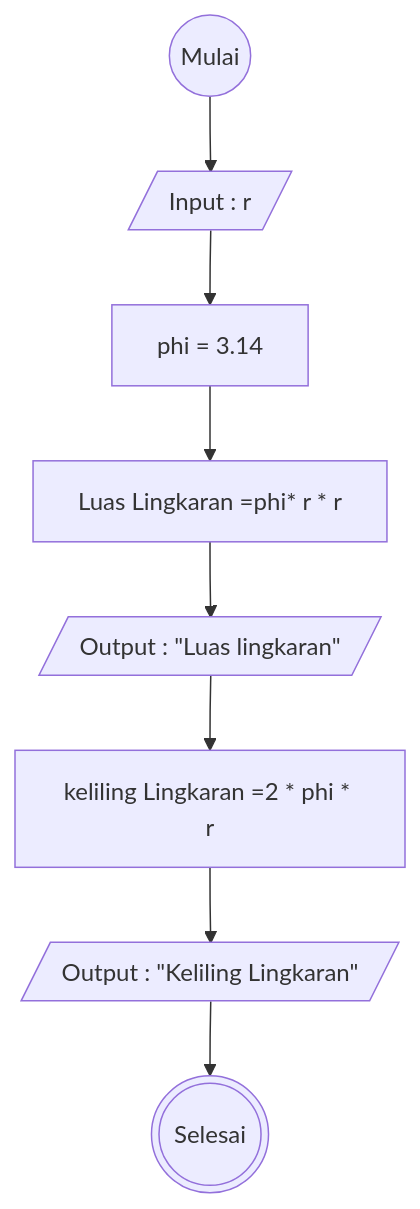
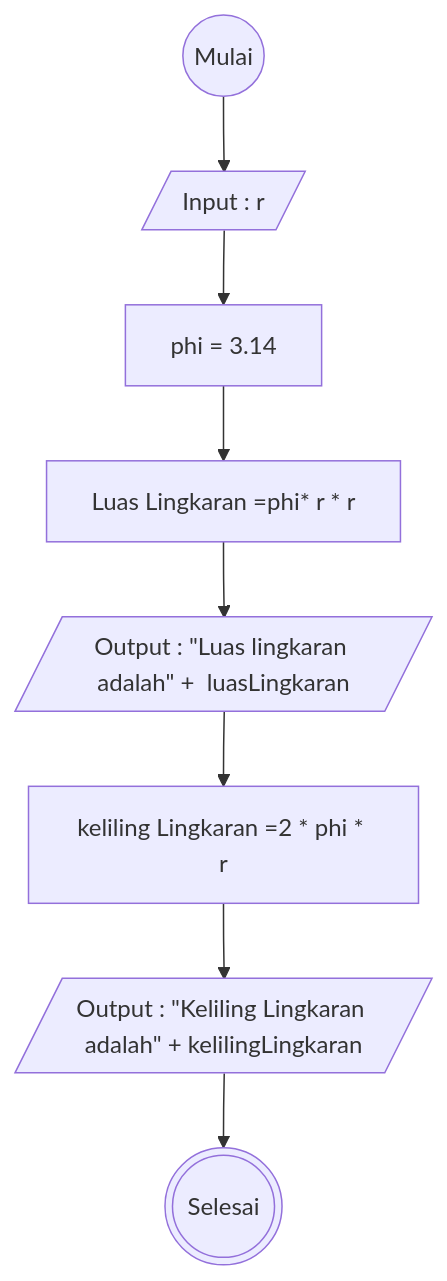
The diagram in README.md (askadiliya/koda-b6-javascript1), drawn with Mermaid before and after one commit.

````diff
--- a/README.md
+++ b/README.md
@@ -5,15 +5,15 @@
 ```mermaid
 flowchart TD
 A@{ shape: circle, label: "Mulai" }
 B@{ shape: lean-r, label: "Input : r" }
 C@{ shape: rect, label: "phi = 3.14" }
 D@{ shape: rect, label: "Luas Lingkaran =phi* r * r" }
-E@{ shape: lean-r, label: 'Output : "Luas lingkaran"' }
+E@{ shape: lean-r, label: 'Output : "Luas lingkaran adalah" +  luasLingkaran' }
 F@{ shape: rect, label: "keliling Lingkaran =2 * phi * r" }
-G@{ shape: lean-r, label: 'Output : "Keliling Lingkaran"' }
+G@{ shape: lean-r, label: 'Output : "Keliling Lingkaran adalah" + kelilingLingkaran' }
 H@{ shape: dbl-circ, label: "Selesai" }
 
 A-->B-->C-->D-->E-->F-->G-->H
 
 
 ```
````
